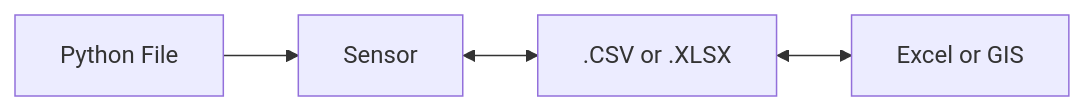
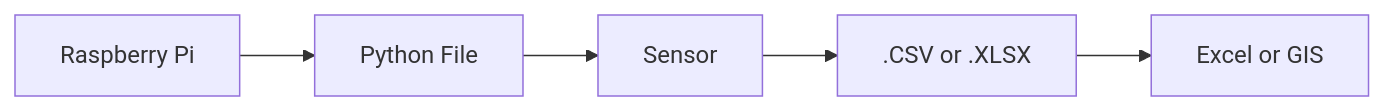
One commit to hleve/sensor_workshop changed the diagram in README.md. Above: the diagram before and after it, drawn with Mermaid.

````diff
--- a/README.md
+++ b/README.md
@@ -6,6 +6,7 @@
 ```mermaid
 graph LR;
-A[Python File] --> B[Sensor]
-B <--> C[.CSV or .XLSX]
-C <--> D[Excel or GIS]
+A[Raspberry Pi] -->B[Python File]
+B --> C[Sensor]
+C --> D[.CSV or .XLSX]
+D --> F[Excel or GIS]
 ```
````
